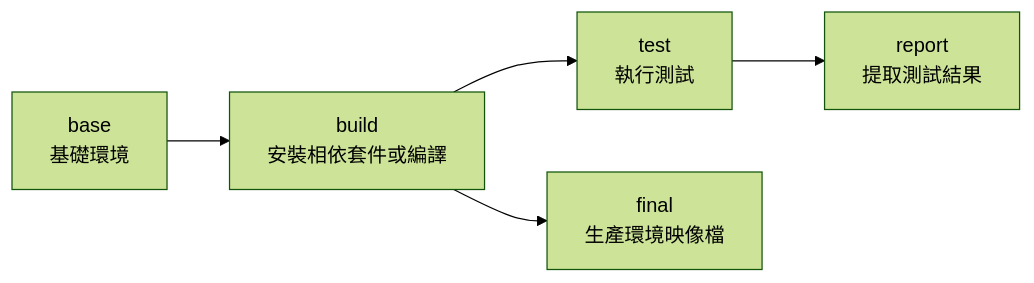
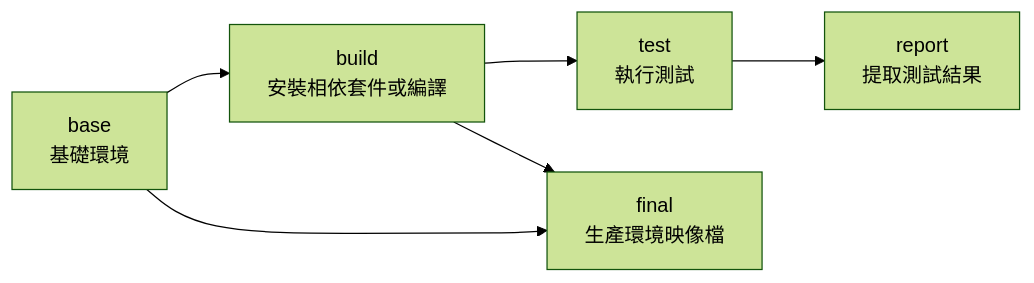
One commit to jim60105/blog-content changed the diagram in Container/multi-stage-containerfile-cicd/index.md. Above: the diagram before and after it, drawn with Mermaid (forest theme). The commit also changed other lines of this file, not shown here.

First line of the commit message:
chore(Container/multi-stage-containerfile-cicd): clarify final stage and add direct link in mermaid diagram

```diff
--- a/Container/multi-stage-containerfile-cicd/index.md
+++ b/Container/multi-stage-containerfile-cicd/index.md
@@ -68,7 +68,8 @@
 <pre class="mermaid">
 graph LR
     A[base<br/>基礎環境] --> B[build<br/>安裝相依套件或編譯]
     B --> C[test<br/>執行測試]
     C --> D[report<br/>提取測試結果]
     B --> E[final<br/>生產環境映像檔]
+    A --> E
 </pre>
```
